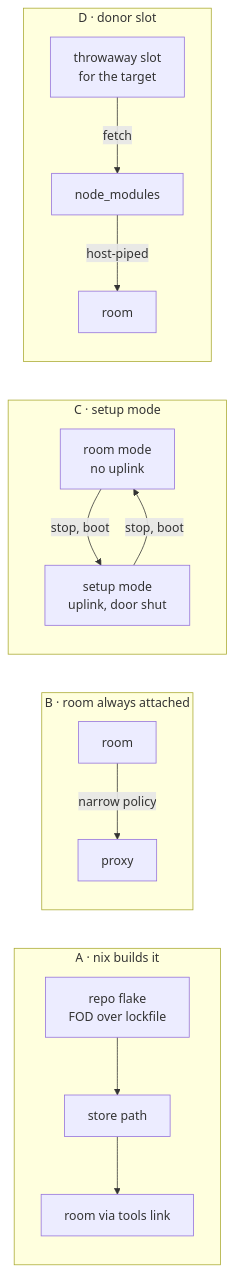
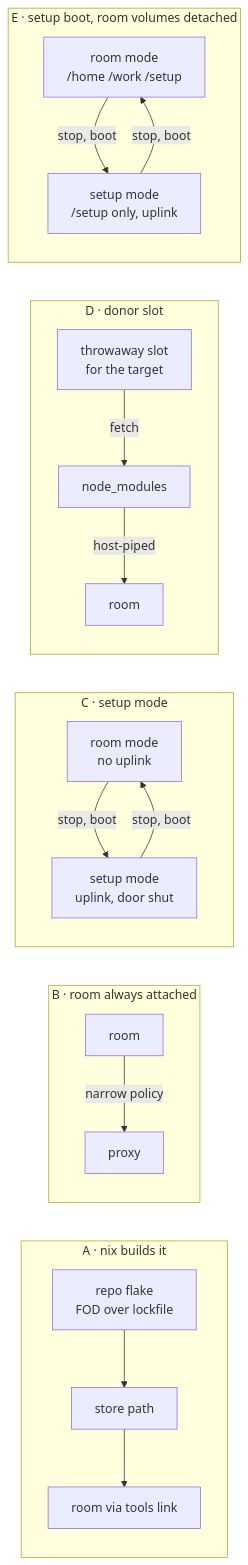
Before and after one commit to davidlee/oubliette: the diagram in .doctrine/rfc/001/rfc-001.md, drawn with Mermaid. The commit also changed other lines of this file, not shown here.

First line of the commit message:
doc: RFC-001 option E — a setup boot that attaches none of the room's volumes

````diff
--- a/.doctrine/rfc/001/rfc-001.md
+++ b/.doctrine/rfc/001/rfc-001.md
@@ -65,15 +65,18 @@
 ```mermaid
 flowchart LR
   subgraph A["A · nix builds it"]
     a1[repo flake<br/>FOD over lockfile] --> a2[store path] --> a3[room via tools link]
   end
   subgraph B["B · room always attached"]
     b1[room] -- narrow policy --> b2[proxy]
   end
   subgraph C["C · setup mode"]
     c1[room mode<br/>no uplink] -- stop, boot --> c2[setup mode<br/>uplink, door shut] -- stop, boot --> c1
   end
   subgraph D["D · donor slot"]
     d1[throwaway slot<br/>for the target] -- fetch --> d2[node_modules] -- host-piped --> d3[room]
   end
+  subgraph E["E · setup boot, room volumes detached"]
+    e1[room mode<br/>/home /work /setup] -- stop, boot --> e2[setup mode<br/>/setup only, uplink] -- stop, boot --> e1
+  end
 ```
````
